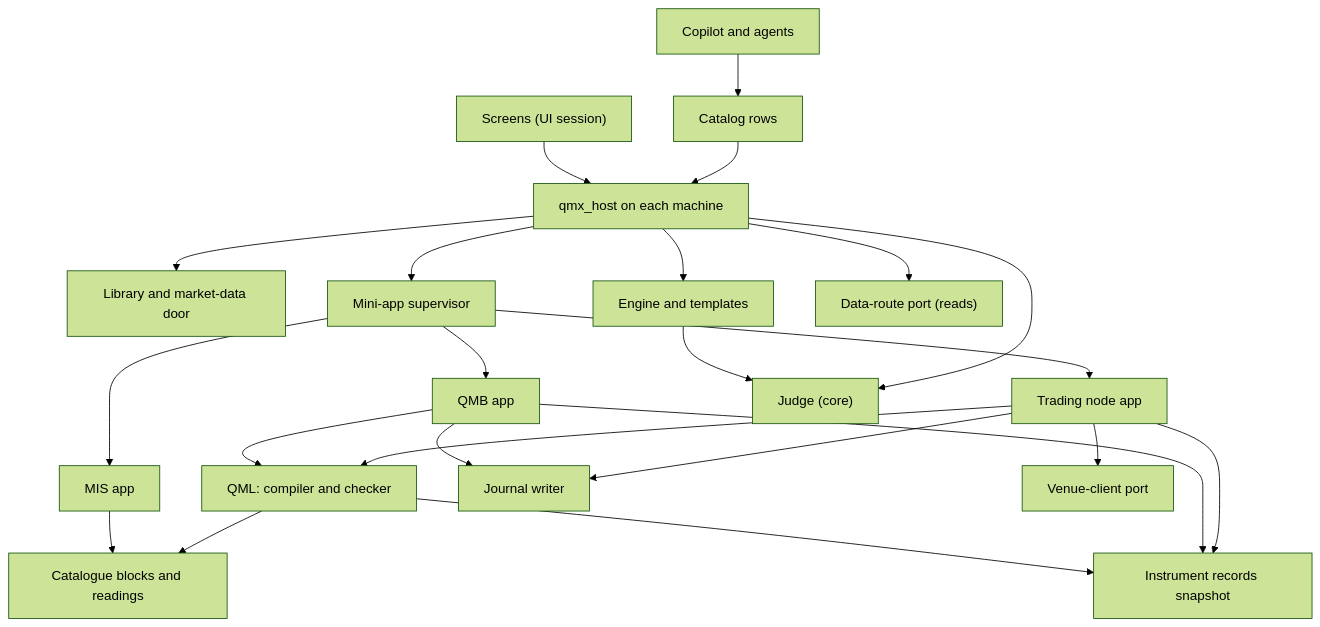
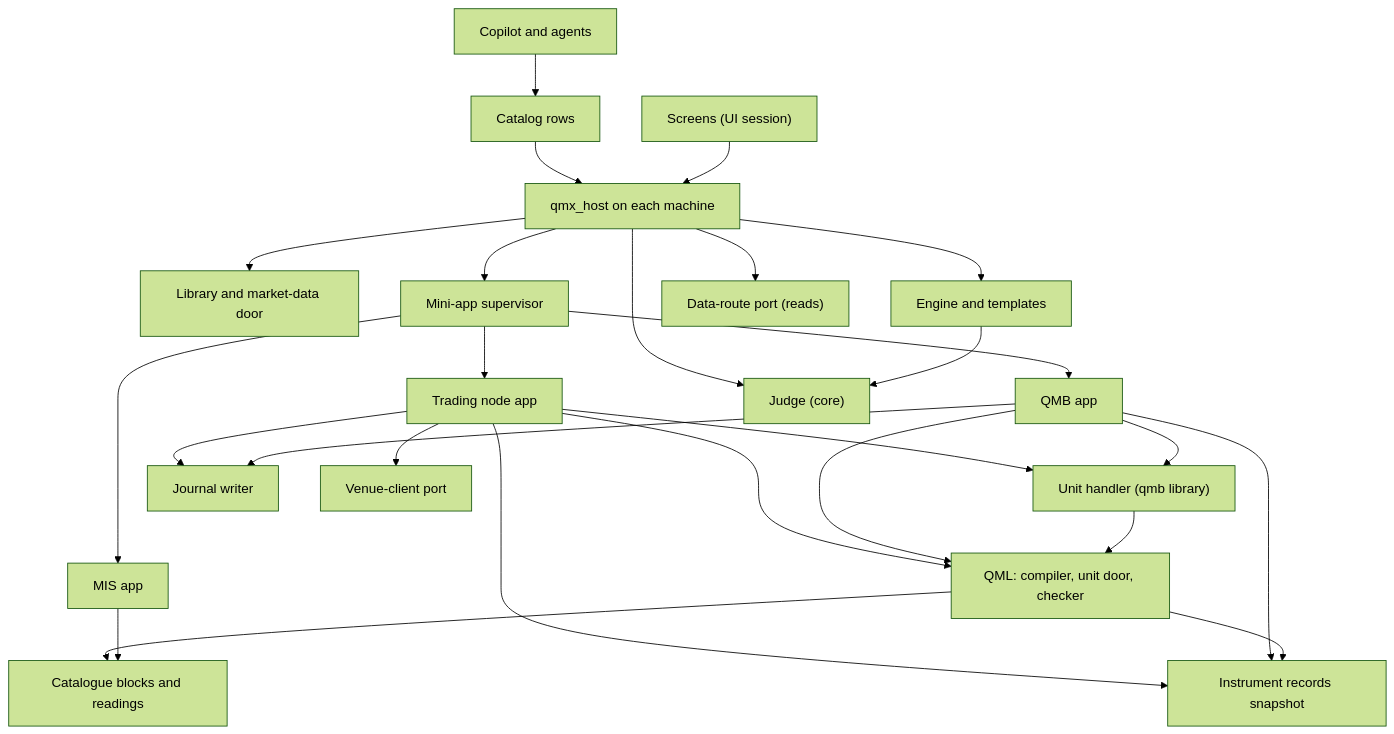
One commit to mubarakhimself-byte/QMX changed the first of 2 diagrams in tracker/risk-sizing/architecture/level-0/ARCHITECTURE-SPINE.md. Above: the diagram before and after it, drawn with Mermaid (forest theme). The commit also changed other lines of this file and 15 other files, not shown here.

Commit message:
risk-sizing: R1 fix round, Level 0, connections and part A (shared unit handler, six mini-app core fixes as one table, 21 cases owned, dummy slow rule fixed)

````diff
--- a/tracker/risk-sizing/architecture/level-0/ARCHITECTURE-SPINE.md
+++ b/tracker/risk-sizing/architecture/level-0/ARCHITECTURE-SPINE.md
@@ -76,25 +87,28 @@
 ```mermaid
 flowchart TB
   UI["Screens (UI session)"] --> HOST
   COP["Copilot and agents"] --> CAT["Catalog rows"]
   CAT --> HOST["qmx_host on each machine"]
   HOST --> LIB["Library and market-data door"]
   HOST --> ENG["Engine and templates"]
   HOST --> SUP["Mini-app supervisor"]
   SUP --> QMBAPP["QMB app"]
   SUP --> NODEAPP["Trading node app"]
   SUP --> MISAPP["MIS app"]
   ENG --> JUDGE["Judge (core)"]
   HOST --> JUDGE
-  QMBAPP --> QML["QML: compiler and checker"]
+  QMBAPP --> UH["Unit handler (qmb library)"]
+  NODEAPP --> UH
+  UH --> QML["QML: compiler, unit door, checker"]
+  QMBAPP --> QML
   NODEAPP --> QML
   MISAPP --> BLOCKS["Catalogue blocks and readings"]
   QML --> BLOCKS
   QMBAPP --> JW["Journal writer"]
   NODEAPP --> JW
   NODEAPP --> VPORT["Venue-client port"]
   HOST --> DPORT["Data-route port (reads)"]
   QML --> FACTS["Instrument records snapshot"]
   QMBAPP --> FACTS
   NODEAPP --> FACTS
 ```
````
